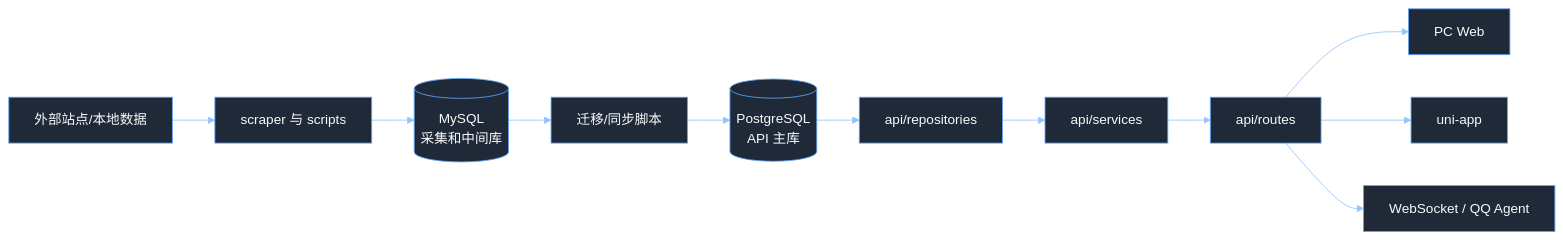
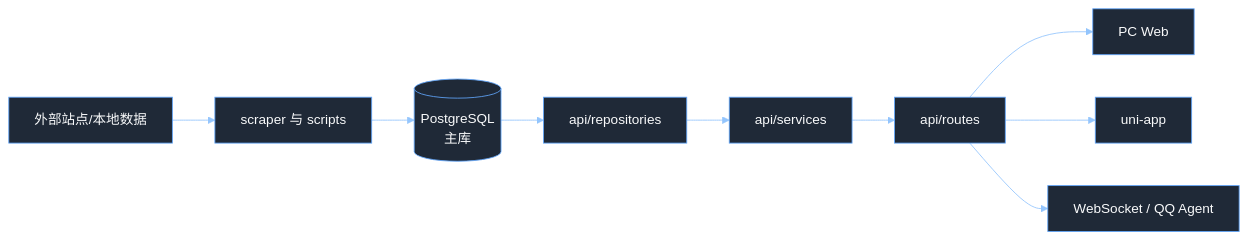
Before and after one commit to woshiyaba/gulu-gui: the diagram in README.md, drawn with Mermaid. The commit also changed other lines of this file and 38 other files, not shown here.

Commit message:
feat:删除mysql逻辑 修改为oss 后台图片上传全部使用oss

````diff
--- a/README.md
+++ b/README.md
@@ -38,14 +37,12 @@
 ```mermaid
 %%{init: {"theme": "base", "themeVariables": {"background": "#111827", "primaryColor": "#1f2937", "primaryTextColor": "#f9fafb", "primaryBorderColor": "#60a5fa", "lineColor": "#93c5fd", "secondaryColor": "#172554", "tertiaryColor": "#0f172a"}}}%%
 flowchart LR
   source["外部站点/本地数据"] --> scraper["scraper 与 scripts"]
-  scraper --> mysql[("MySQL<br/>采集和中间库")]
-  mysql --> migrate["迁移/同步脚本"]
-  migrate --> pg[("PostgreSQL<br/>API 主库")]
+  scraper --> pg[("PostgreSQL<br/>主库")]
   pg --> repo["api/repositories"]
   repo --> service["api/services"]
   service --> route["api/routes"]
   route --> pc["PC Web"]
   route --> mini["uni-app"]
   route --> ws["WebSocket / QQ Agent"]
 ```
````
